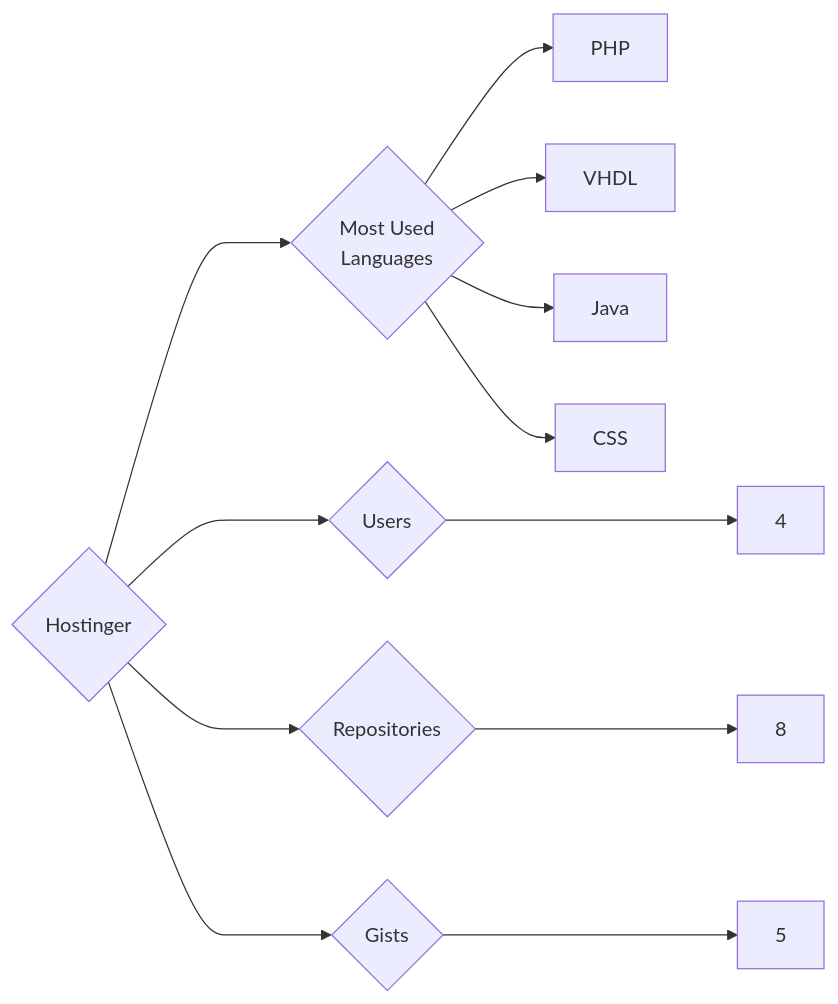
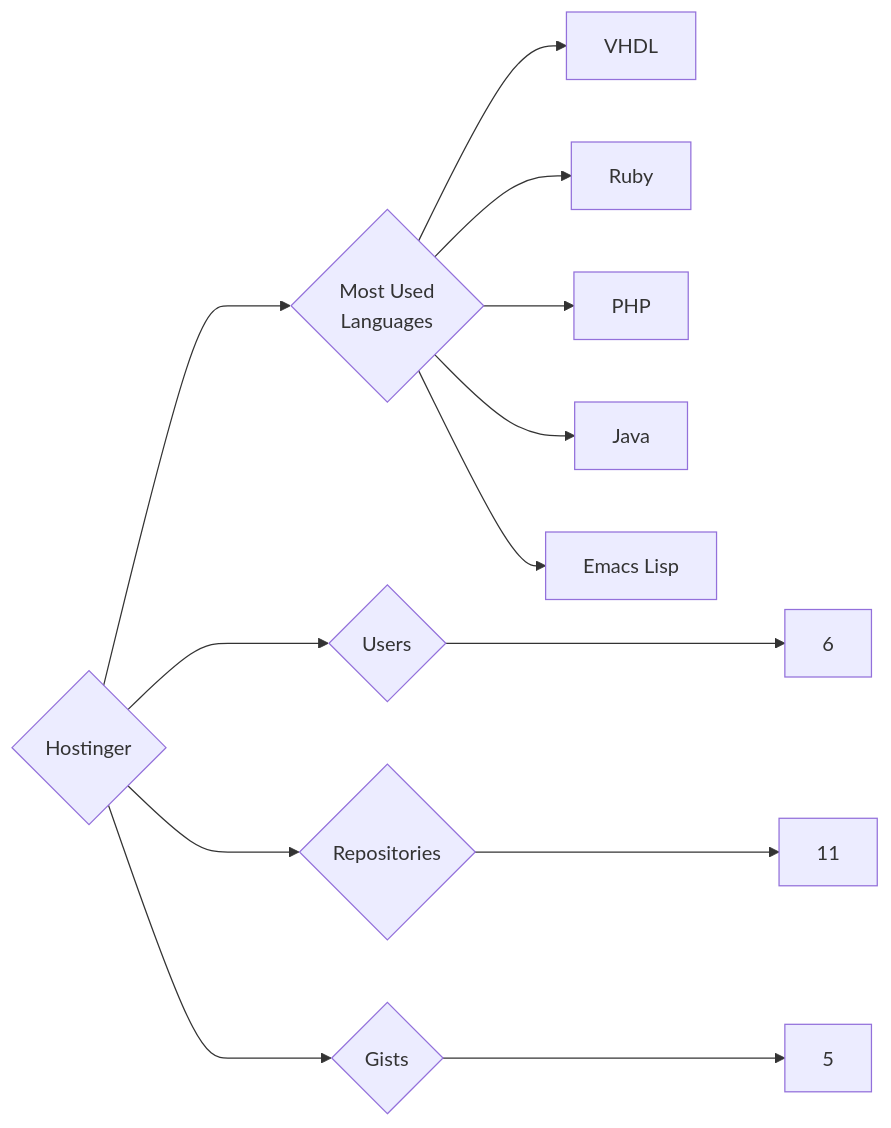
The diagram in targets/Hostinger/README.md (trickest/insiders), drawn with Mermaid before and after one commit. The commit also changed 912 other files, not shown here.

````diff
--- a/targets/Hostinger/README.md
+++ b/targets/Hostinger/README.md
@@ -3,12 +3,13 @@
 ```mermaid
 graph LR
 COMPANY_NAME{Hostinger}
-COMPANY_NAME ---> U{Users} ---> UN[4]
-COMPANY_NAME ---> R{Repositories} ---> RN[8]
+COMPANY_NAME ---> U{Users} ---> UN[6]
+COMPANY_NAME ---> R{Repositories} ---> RN[11]
 COMPANY_NAME ---> G{Gists} ---> GN[5]
 COMPANY_NAME ---> ML{Most Used<br>Languages}
+ML --> VHDL[VHDL]
+ML --> Ruby[Ruby]
 ML --> PHP[PHP]
-ML --> VHDL[VHDL]
 ML --> Java[Java]
-ML --> CSS[CSS]
+ML --> Emacs_Lisp[Emacs Lisp]
 ```
````
